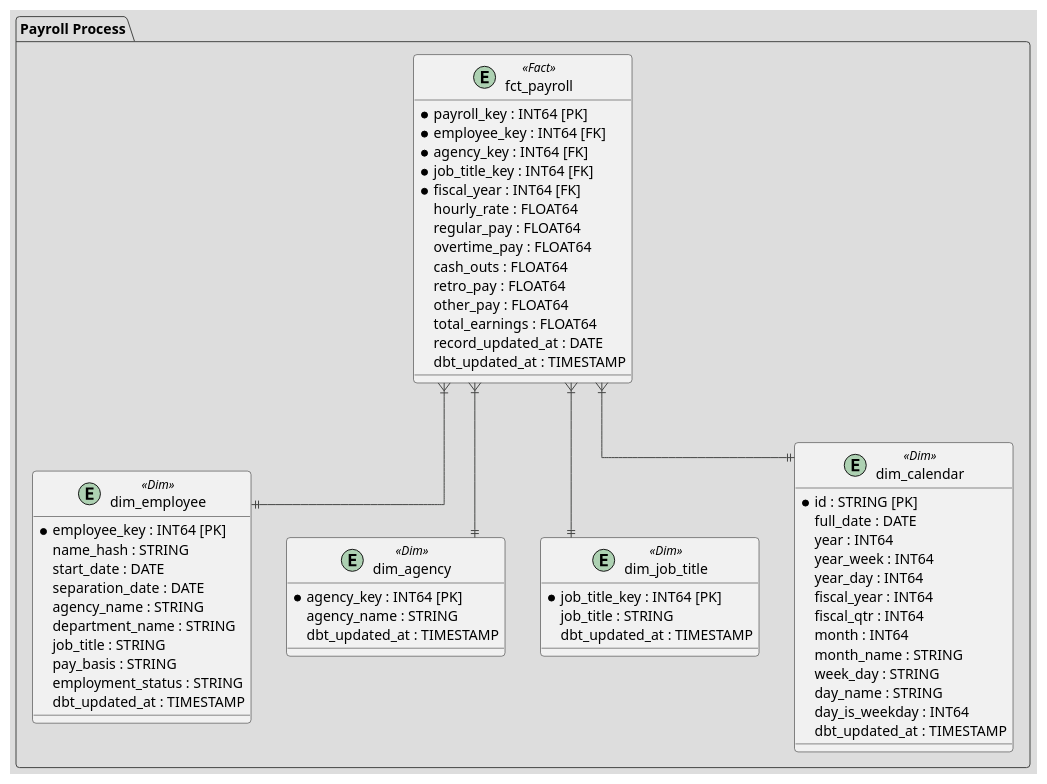
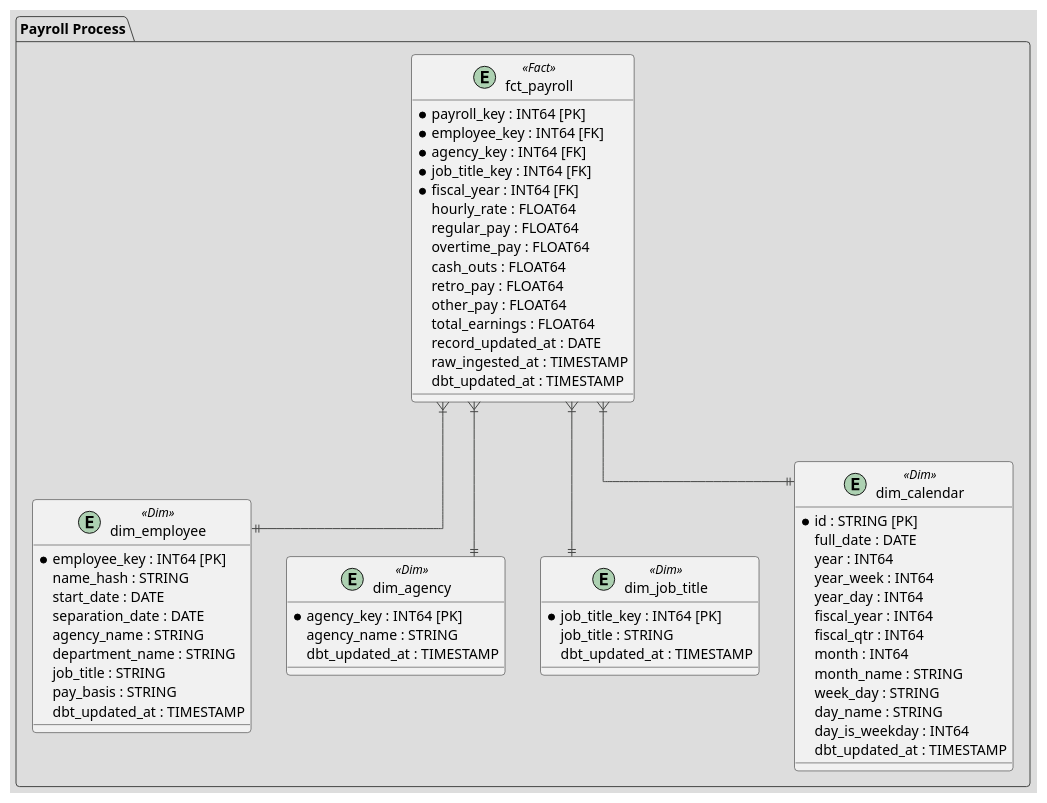
The diagram in documentation/diagrams/source_code/erd_mta_physical_model.puml (Kadiax/mta-payroll-nyc), drawn with PlantUML before and after one commit. The commit also changed 10 other files, not shown here.

```diff
--- a/documentation/diagrams/source_code/erd_mta_physical_model.puml
+++ b/documentation/diagrams/source_code/erd_mta_physical_model.puml
@@ -1,73 +1,73 @@
 @startuml
 !theme toy
 skinparam linetype ortho
 
 ' --- STAR 1 : PAYROLL ---
 package "Payroll Process" {
 
     entity "dim_employee" as DE1 <<Dim>> {
         * employee_key : INT64 [PK]
          name_hash : STRING
          start_date : DATE
          separation_date : DATE
          agency_name : STRING
          department_name : STRING
          job_title : STRING
          pay_basis : STRING
-         employment_status : STRING
          dbt_updated_at : TIMESTAMP
     }
     entity "dim_agency" as DA1 <<Dim>> {
         * agency_key : INT64 [PK]
          agency_name : STRING
          dbt_updated_at : TIMESTAMP
     }
     entity "dim_job_title" as DJT1 <<Dim>> {
         * job_title_key : INT64 [PK]
          job_title : STRING
          dbt_updated_at : TIMESTAMP
     }
     entity "dim_calendar" as DC1 <<Dim>> {
         * id : STRING [PK]
          full_date : DATE
          year : INT64
          year_week : INT64
          year_day : INT64
          fiscal_year : INT64
          fiscal_qtr : INT64
          month : INT64
          month_name : STRING
          week_day : STRING
          day_name : STRING
          day_is_weekday : INT64 
          dbt_updated_at : TIMESTAMP
     }
 
 
     entity "fct_payroll" as FP <<Fact>> {
         * payroll_key : INT64 [PK]
         * employee_key : INT64 [FK]
         * agency_key : INT64 [FK]
         * job_title_key : INT64 [FK]
         * fiscal_year : INT64 [FK]
          hourly_rate : FLOAT64
          regular_pay : FLOAT64
          overtime_pay : FLOAT64
          cash_outs : FLOAT64
          retro_pay : FLOAT64
          other_pay : FLOAT64
          total_earnings : FLOAT64
          record_updated_at : DATE
+         raw_ingested_at : TIMESTAMP
          dbt_updated_at : TIMESTAMP
     }
 
     FP }|--|| DE1
     FP }|--|| DA1
     FP }|--|| DJT1
     FP }|--|| DC1
 
 }
 
 
 
 @enduml
```
